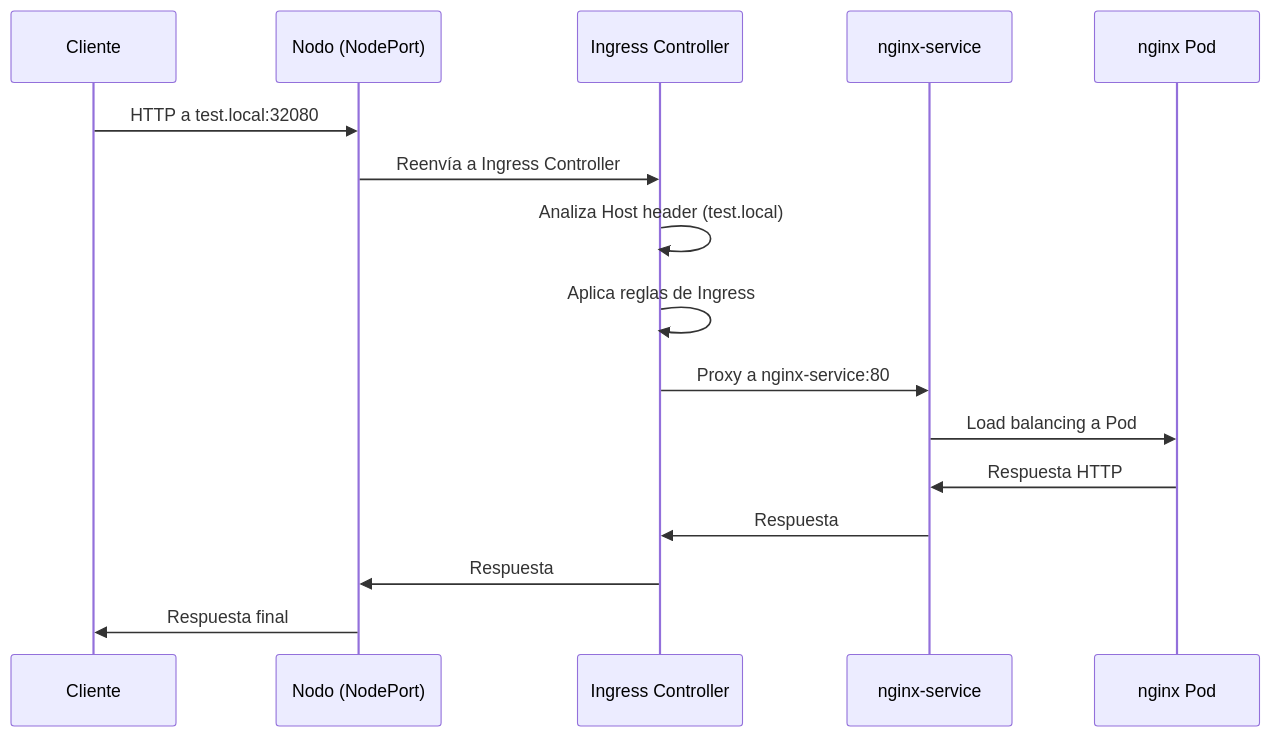
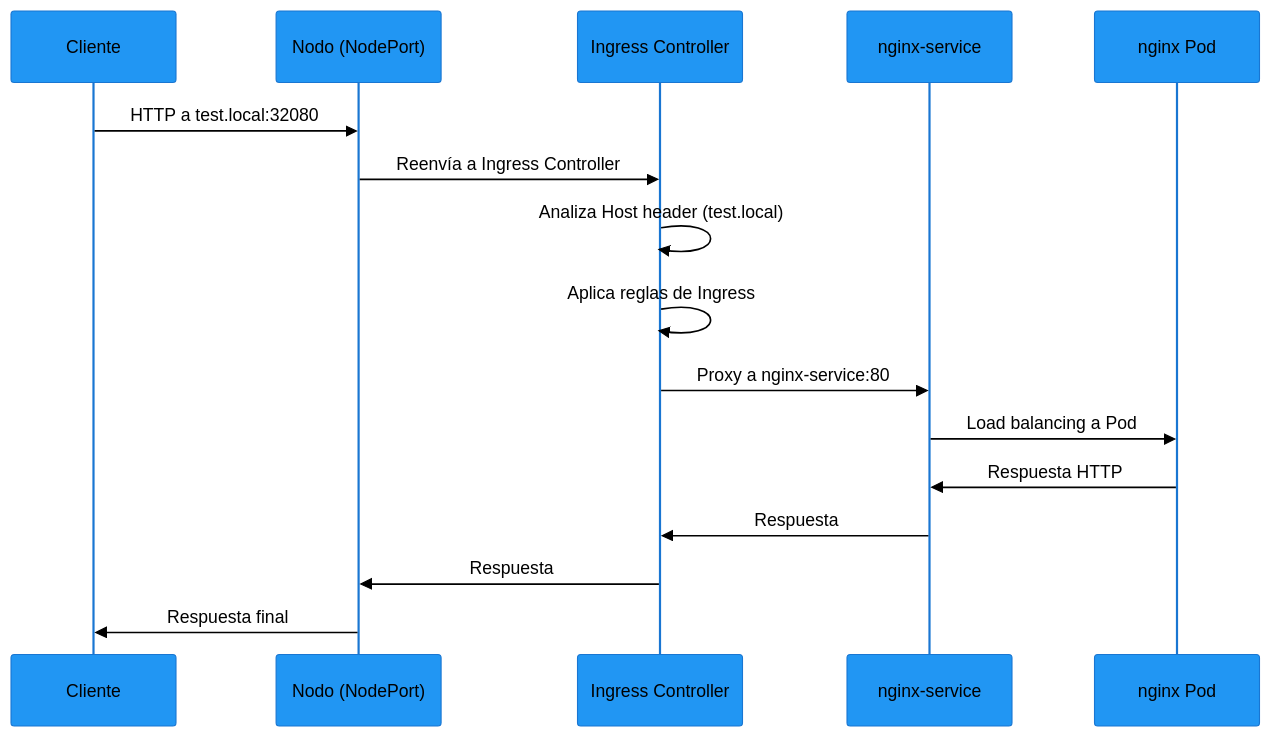
One commit to VanGoMu/argo_app changed the second of 2 diagrams in README.md. Above: the diagram before and after it, drawn with Mermaid.

Commit message:
simple argo app

````diff
--- a/README.md
+++ b/README.md
@@ -63,19 +63,34 @@
 ```mermaid
 sequenceDiagram
     participant C as Cliente
     participant N as Nodo (NodePort)
     participant IC as Ingress Controller
     participant S as nginx-service
     participant P as nginx Pod
 
     C->>N: HTTP a test.local:32080
     N->>IC: Reenvía a Ingress Controller
     IC->>IC: Analiza Host header (test.local)
     IC->>IC: Aplica reglas de Ingress
     IC->>S: Proxy a nginx-service:80
     S->>P: Load balancing a Pod
     P->>S: Respuesta HTTP
     S->>IC: Respuesta
     IC->>N: Respuesta
     N->>C: Respuesta final
+
+    %%{init: {'theme':'base', 'themeVariables': { 
+        'primaryColor': '#2196f3',
+        'primaryTextColor': '#000000ff',
+        'primaryBorderColor': '#1976d2',
+        'lineColor': '#030101ff',
+        'sectionBkgColor': '#f5f5f5',
+        'altSectionBkgColor': '#e0e0e0',
+        'gridColor': '#bdbdbd',
+        'c0': '#2196f3',
+        'c1': '#9c27b0',
+        'c2': '#ff9800',
+        'c3': '#4caf50', 
+        'c4': '#ffc107'
+    }}}%%
 ```
````
